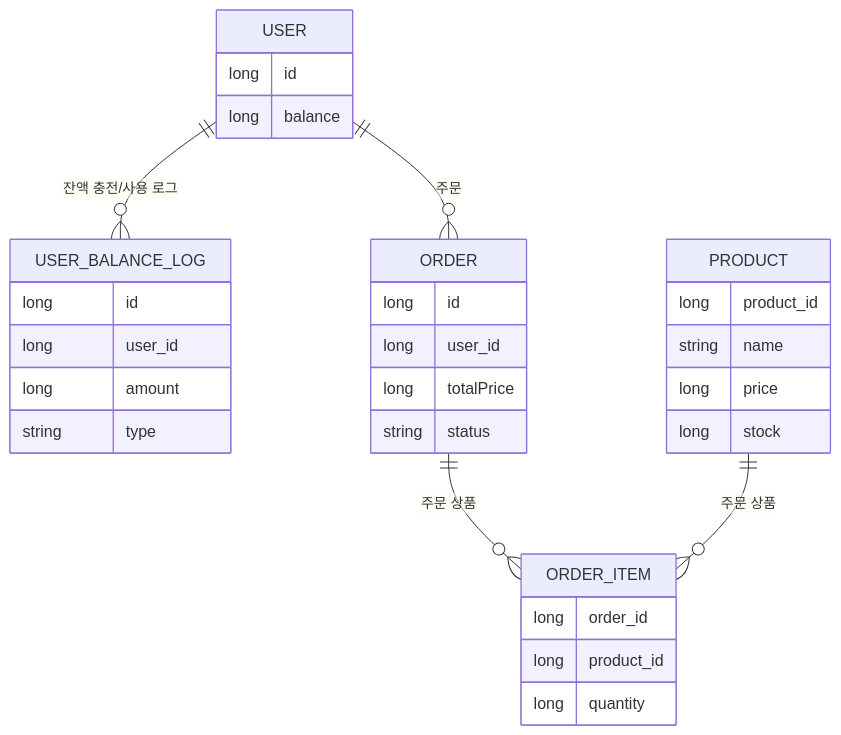
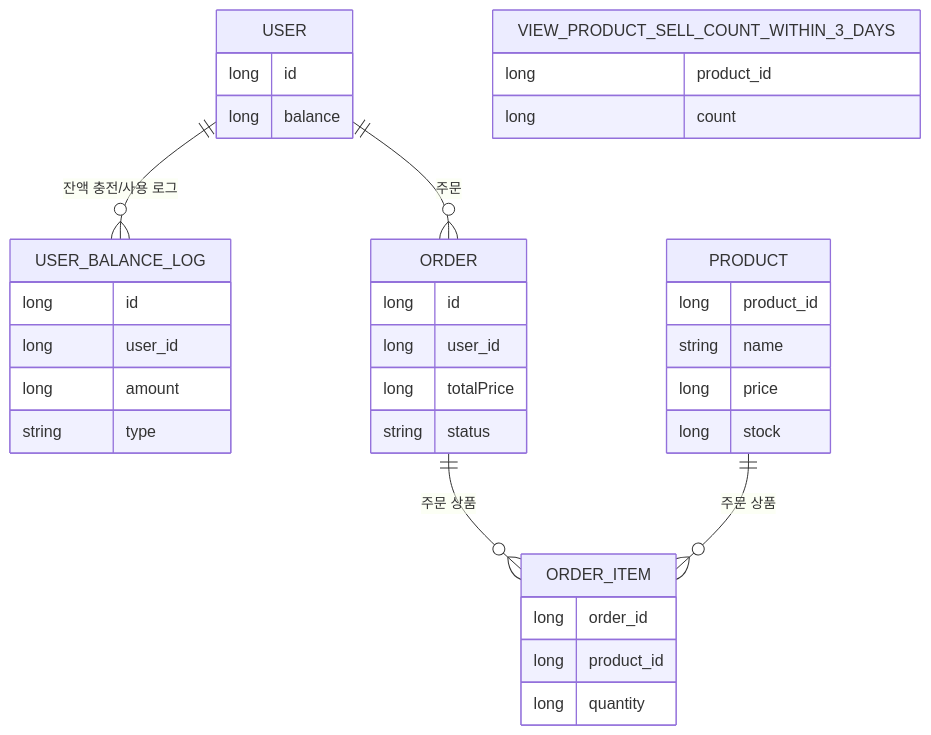
Before and after one commit to newbieJanghan/hh_plus_server: the second of 2 diagrams in README.md, drawn with Mermaid.

Commit message:
Docs: ERD / 인기 상품 쿼리를 위한 view table 추가

````diff
--- a/README.md
+++ b/README.md
@@ -295,34 +295,38 @@
 ```mermaid
 erDiagram
     USER {
         long id
         long balance
     }
     USER_BALANCE_LOG {
         long id
         long user_id
         long amount
         string type
     }
     PRODUCT {
         long product_id
         string name
         long price
         long stock
     }
     ORDER {
         long id
         long user_id
         long totalPrice
         string status
     }
     ORDER_ITEM {
         long order_id
         long product_id
         long quantity
     }
+    VIEW_PRODUCT_SELL_COUNT_WITHIN_3_DAYS {
+        long product_id
+        long count
+    }
     USER ||--o{ USER_BALANCE_LOG: "잔액 충전/사용 로그"
     USER ||--o{ ORDER: "주문"
     ORDER ||--o{ ORDER_ITEM: "주문 상품"
     PRODUCT ||--o{ ORDER_ITEM: "주문 상품"
 ```
````
